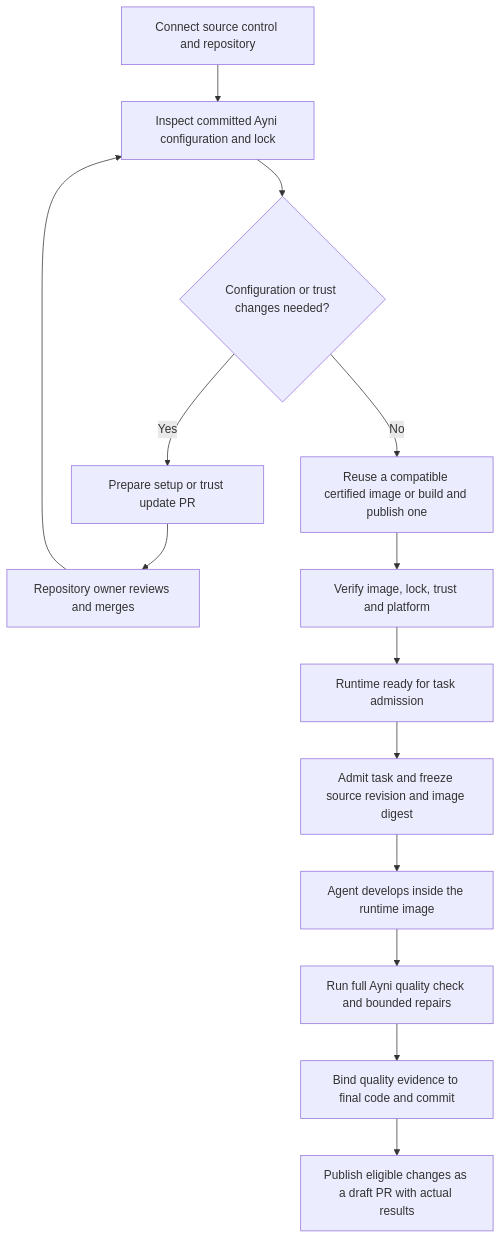
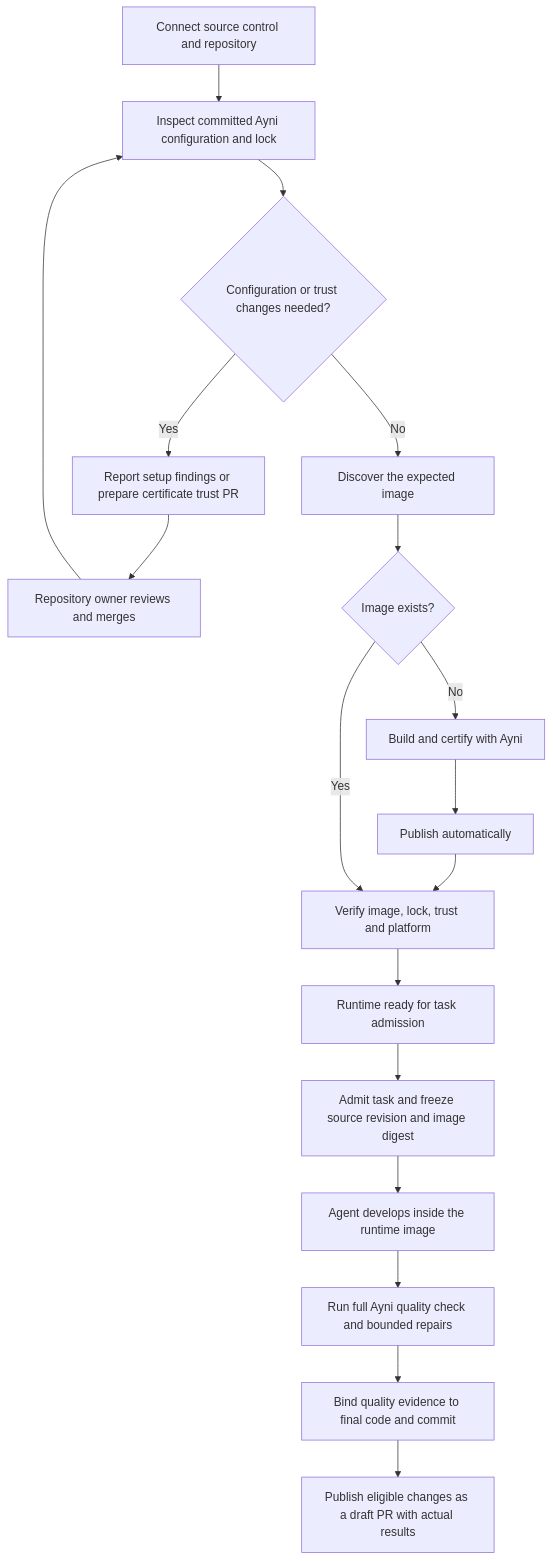
One commit to ayni-oss/orchestrator changed the second of 2 diagrams in docs/ayni-product-flow.md. Above: the diagram before and after it, drawn with Mermaid. The commit also changed other lines of this file and 95 other files, not shown here.

First line of the commit message:
feat(runtime)!: build and publish certified repository images

````diff
--- a/docs/ayni-product-flow.md
+++ b/docs/ayni-product-flow.md
@@ -81,16 +81,20 @@
 ```mermaid
 flowchart TD
     CONNECT["Connect source control and repository"] --> INSPECT["Inspect committed Ayni configuration and lock"]
     INSPECT --> SETUP{"Configuration or trust changes needed?"}
-    SETUP -->|"Yes"| PROPOSE["Prepare setup or trust update PR"]
+    SETUP -->|"Yes"| PROPOSE["Report setup findings or prepare certificate trust PR"]
     PROPOSE --> REVIEW["Repository owner reviews and merges"]
     REVIEW --> INSPECT
-    SETUP -->|"No"| RESOLVE["Reuse a compatible certified image or build and publish one"]
-    RESOLVE --> VERIFY["Verify image, lock, trust and platform"]
+    SETUP -->|"No"| RESOLVE["Discover the expected image"]
+    RESOLVE --> EXISTS{"Image exists?"}
+    EXISTS -->|"No"| BUILD["Build and certify with Ayni"]
+    BUILD --> PUSH["Publish automatically"]
+    PUSH --> VERIFY
+    EXISTS -->|"Yes"| VERIFY["Verify image, lock, trust and platform"]
     VERIFY --> READY["Runtime ready for task admission"]
     READY --> ADMIT["Admit task and freeze source revision and image digest"]
     ADMIT --> WORK["Agent develops inside the runtime image"]
     WORK --> CHECK["Run full Ayni quality check and bounded repairs"]
     CHECK --> RESULT["Bind quality evidence to final code and commit"]
     RESULT --> PUBLISH["Publish eligible changes as a draft PR with actual results"]
 ```
````
